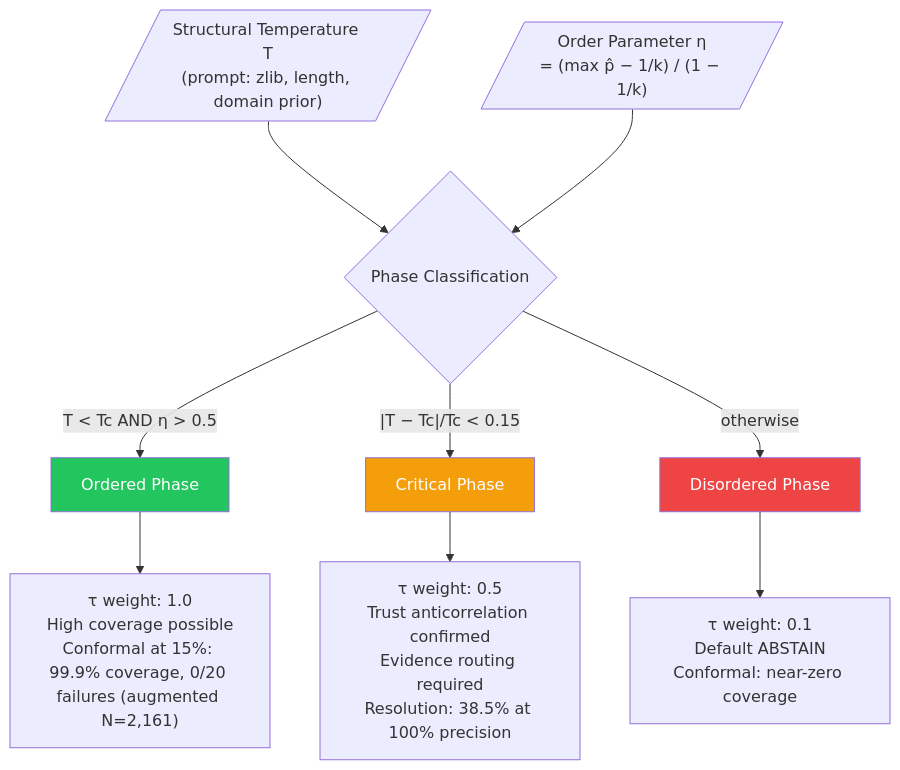
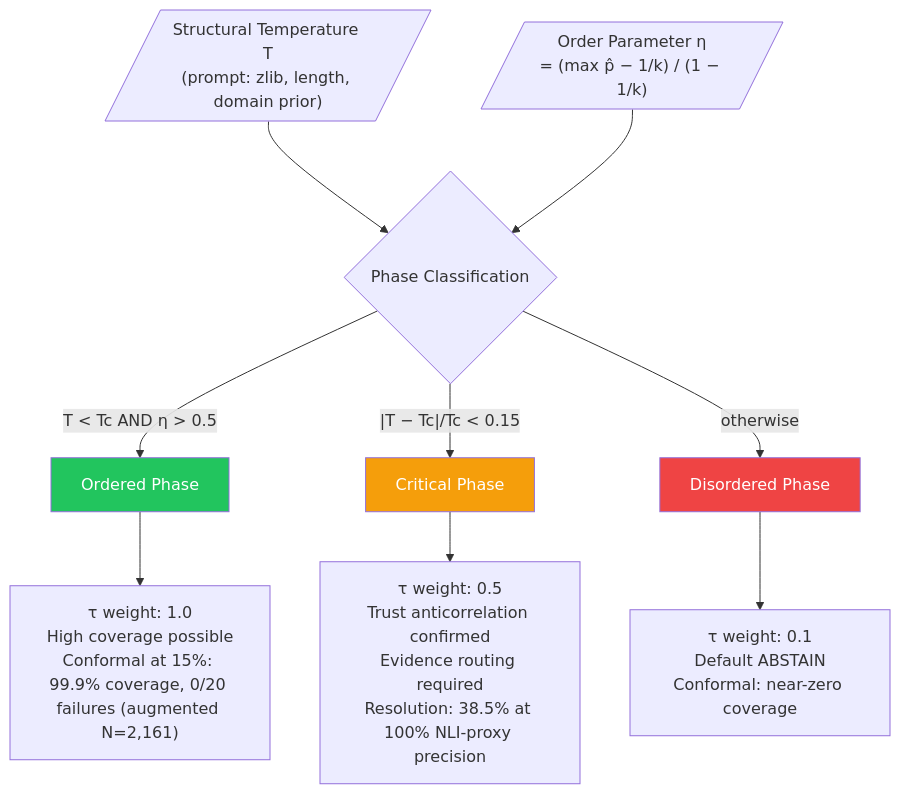
The third of 5 diagrams in paper/figures.md (darklordVirtual/REMORA-research), drawn with Mermaid before and after one commit. The commit also changed other lines of this file and 8 other files, not shown here.

````diff
--- a/paper/figures.md
+++ b/paper/figures.md
@@ -117,20 +117,20 @@
 ```mermaid
 flowchart TD
     T[/"Structural Temperature T\n(prompt: zlib, length, domain prior)"/]
     ETA[/"Order Parameter η\n= (max p̂ − 1/k) / (1 − 1/k)"/]
 
     T & ETA --> PHASE
 
     PHASE{Phase Classification}
     PHASE -->|"T < Tc AND η > 0.5"| ORD[Ordered Phase]
     PHASE -->|"|T − Tc|/Tc < 0.15"| CRIT[Critical Phase]
     PHASE -->|otherwise| DIS[Disordered Phase]
 
     ORD --> ORD1["τ weight: 1.0\nHigh coverage possible\nConformal at 15%: 99.9% coverage, 0/20 failures (augmented N=2,161)"]
-    CRIT --> CRIT1["τ weight: 0.5\nTrust anticorrelation confirmed\nEvidence routing required\nResolution: 38.5% at 100% precision"]
+    CRIT --> CRIT1["τ weight: 0.5\nTrust anticorrelation confirmed\nEvidence routing required\nResolution: 38.5% at 100% NLI-proxy precision"]
     DIS --> DIS1["τ weight: 0.1\nDefault ABSTAIN\nConformal: near-zero coverage"]
 
     style ORD fill:#22c55e,color:#fff
     style CRIT fill:#f59e0b,color:#fff
     style DIS fill:#ef4444,color:#fff
 ```
````
